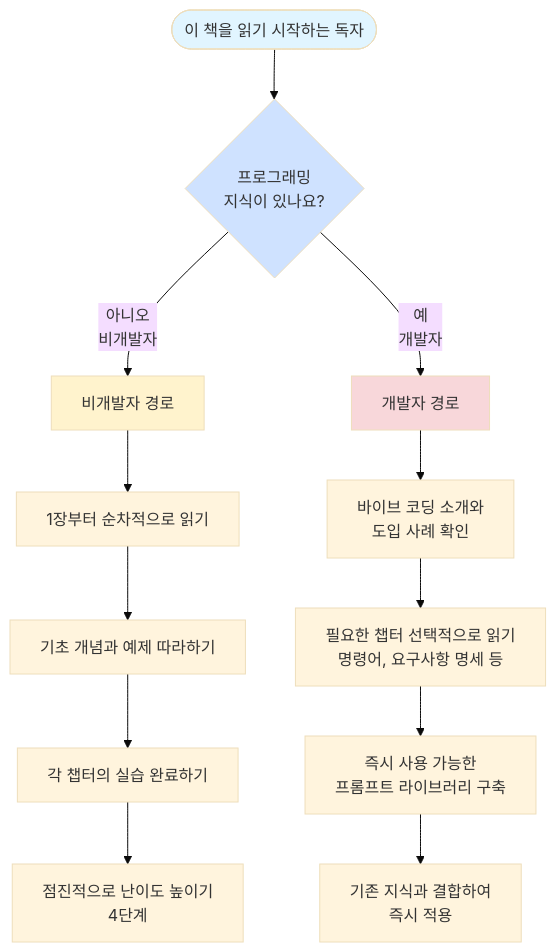
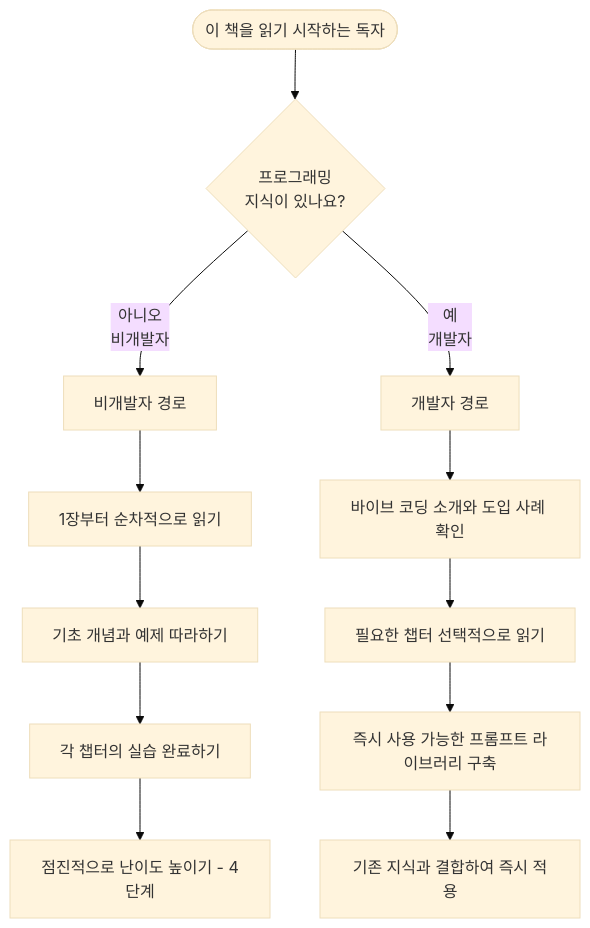
Before and after one commit to nugurejeil/weniVooks: the fourth of 6 diagrams in _md/essentials-vibecoding/chapter01/01-1.md, drawn with Mermaid (base theme). The commit also changed other lines of this file and 133 other files, not shown here.

````diff
--- a/_md/essentials-vibecoding/chapter01/01-1.md
+++ b/_md/essentials-vibecoding/chapter01/01-1.md
@@ -74,22 +144,17 @@
 ```mermaid
 flowchart TD
     Start([이 책을 읽기 시작하는 독자]) --> Question{프로그래밍<br/>지식이 있나요?}
 
     Question -->|아니오<br/>비개발자| NonDev[비개발자 경로]
     Question -->|예<br/>개발자| Dev[개발자 경로]
 
-    NonDev --> NonDev1[1장부터 순차적으로 읽기]
-    NonDev1 --> NonDev2[기초 개념과 예제 따라하기]
-    NonDev2 --> NonDev3[각 챕터의 실습 완료하기]
-    NonDev3 --> NonDev4[점진적으로 난이도 높이기<br/>4단계]
+    NonDev --> NonDev1["1장부터 순차적으로 읽기"]
+    NonDev1 --> NonDev2["기초 개념과 예제 따라하기"]
+    NonDev2 --> NonDev3["각 챕터의 실습 완료하기"]
+    NonDev3 --> NonDev4["점진적으로 난이도 높이기 - 4단계"]
 
-    Dev --> Dev1[바이브 코딩 소개와<br/>도입 사례 확인]
-    Dev1 --> Dev2[필요한 챕터 선택적으로 읽기<br/>명령어, 요구사항 명세 등]
-    Dev2 --> Dev3[즉시 사용 가능한<br/>프롬프트 라이브러리 구축]
-    Dev3 --> Dev4[기존 지식과 결합하여<br/>즉시 적용]
-
-    style Start fill:#e1f5ff
-    style NonDev fill:#fff3cd
-    style Dev fill:#f8d7da
-    style Question fill:#cfe2ff
+    Dev --> Dev1["바이브 코딩 소개와 도입 사례 확인"]
+    Dev1 --> Dev2["필요한 챕터 선택적으로 읽기"]
+    Dev2 --> Dev3["즉시 사용 가능한 프롬프트 라이브러리 구축"]
+    Dev3 --> Dev4["기존 지식과 결합하여 즉시 적용"]
 ```
````
